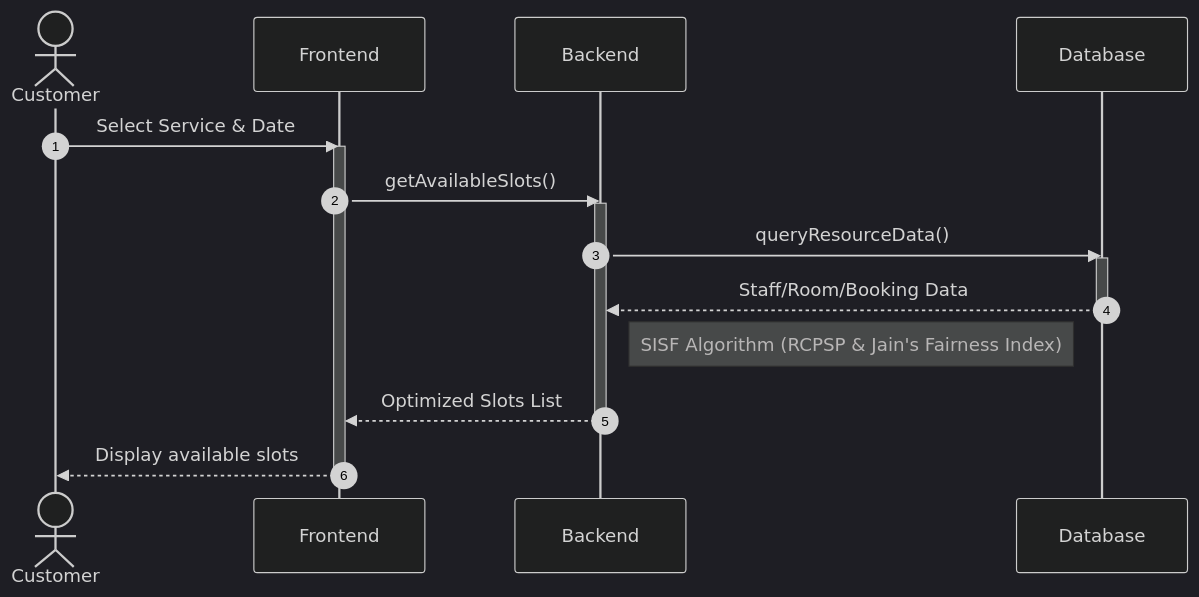
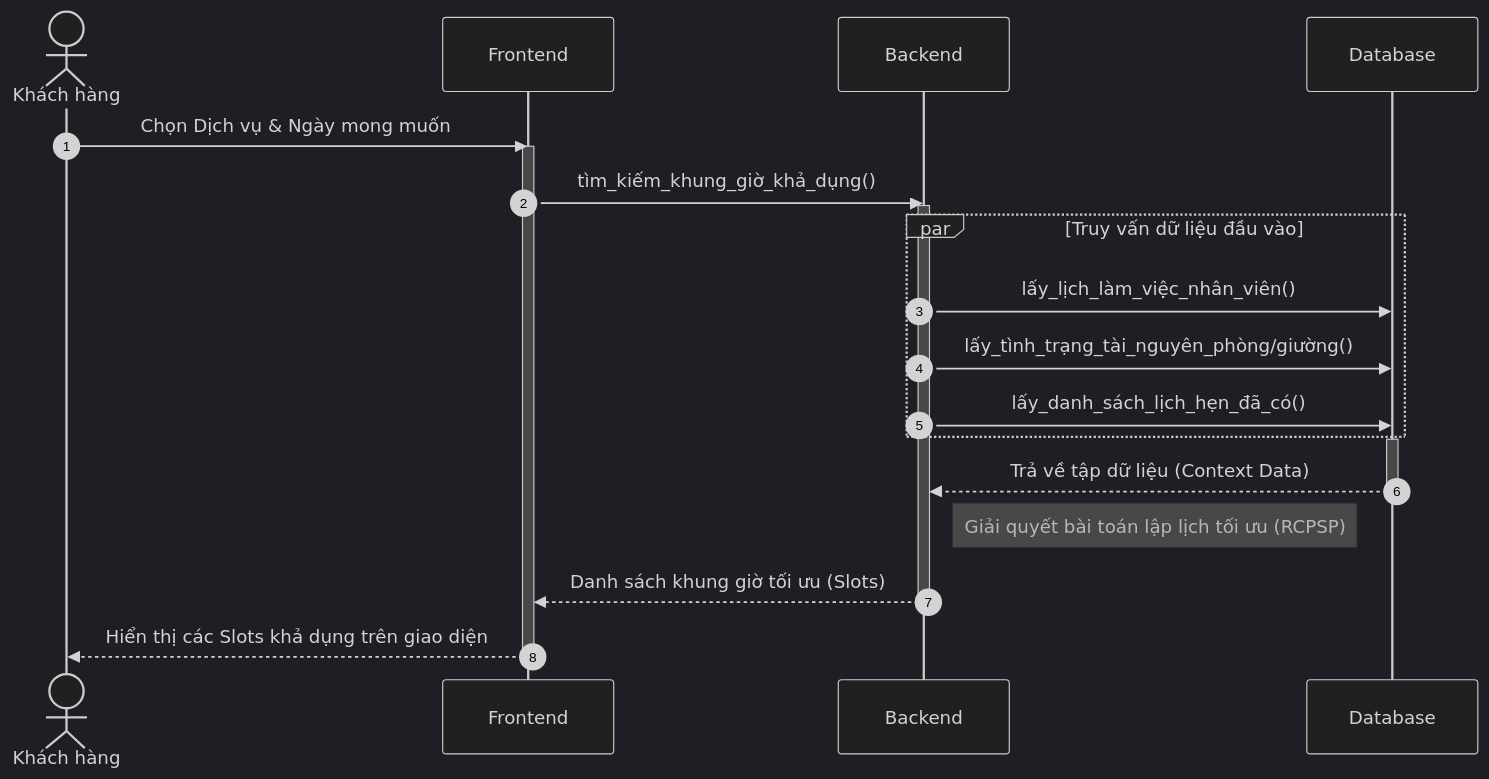
Before and after one commit to ngoctinn/Synapse: the first of 4 diagrams in docs/design/sequences_simplified/customer_flows.md, drawn with Mermaid (dark theme). The commit also changed other lines of this file and 4 other files, not shown here.

Commit message:
docs: Add simplified sequence diagrams for authentication and various user flows.

````diff
--- a/docs/design/sequences_simplified/customer_flows.md
+++ b/docs/design/sequences_simplified/customer_flows.md
@@ -33,25 +7,29 @@
 ```mermaid
 sequenceDiagram
     autonumber
-    actor KH as Customer
+    actor KH as Khách hàng
     participant FE as Frontend
     participant BE as Backend
     participant DB as Database
 
-    KH->>FE: Select Service & Date
+    KH->>FE: Chọn Dịch vụ & Ngày mong muốn
     activate FE
-    FE->>BE: getAvailableSlots()
+    FE->>BE: tìm_kiếm_khung_giờ_khả_dụng()
     activate BE
 
-    BE->>DB: queryResourceData()
+    par Truy vấn dữ liệu đầu vào
+        BE->>DB: lấy_lịch_làm_việc_nhân_viên()
+        BE->>DB: lấy_tình_trạng_tài_nguyên_phòng/giường()
+        BE->>DB: lấy_danh_sách_lịch_hẹn_đã_có()
+    end
     activate DB
-    DB-->>BE: Staff/Room/Booking Data
+    DB-->>BE: Trả về tập dữ liệu (Context Data)
     deactivate DB
 
-    Note right of BE: SISF Algorithm (RCPSP & Jain's Fairness Index)
+    Note right of BE: Giải quyết bài toán lập lịch tối ưu (RCPSP)
 
-    BE-->>FE: Optimized Slots List
+    BE-->>FE: Danh sách khung giờ tối ưu (Slots)
     deactivate BE
-    FE-->>KH: Display available slots
+    FE-->>KH: Hiển thị các Slots khả dụng trên giao diện
     deactivate FE
 ```
````
